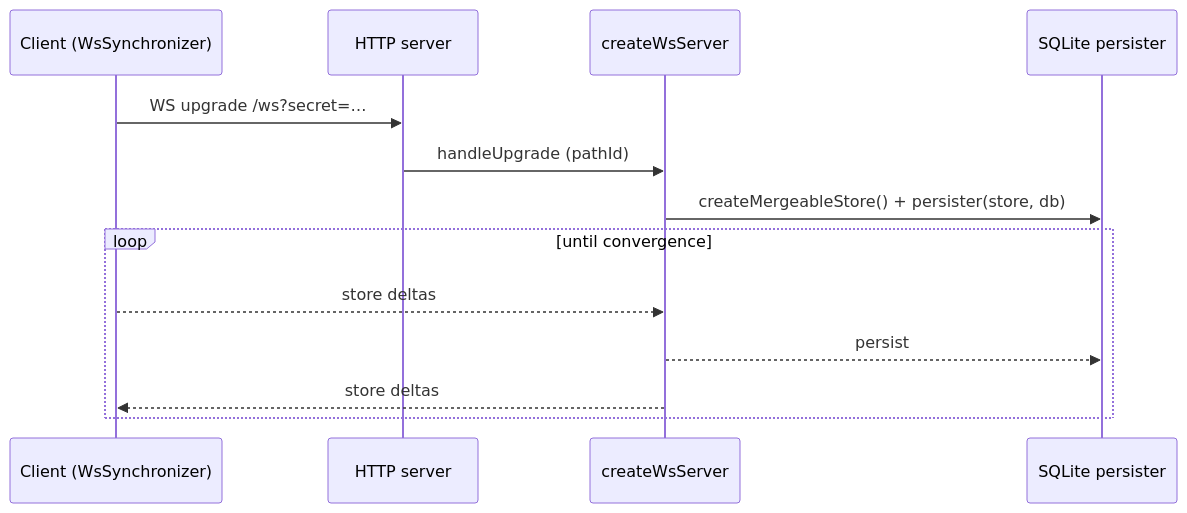
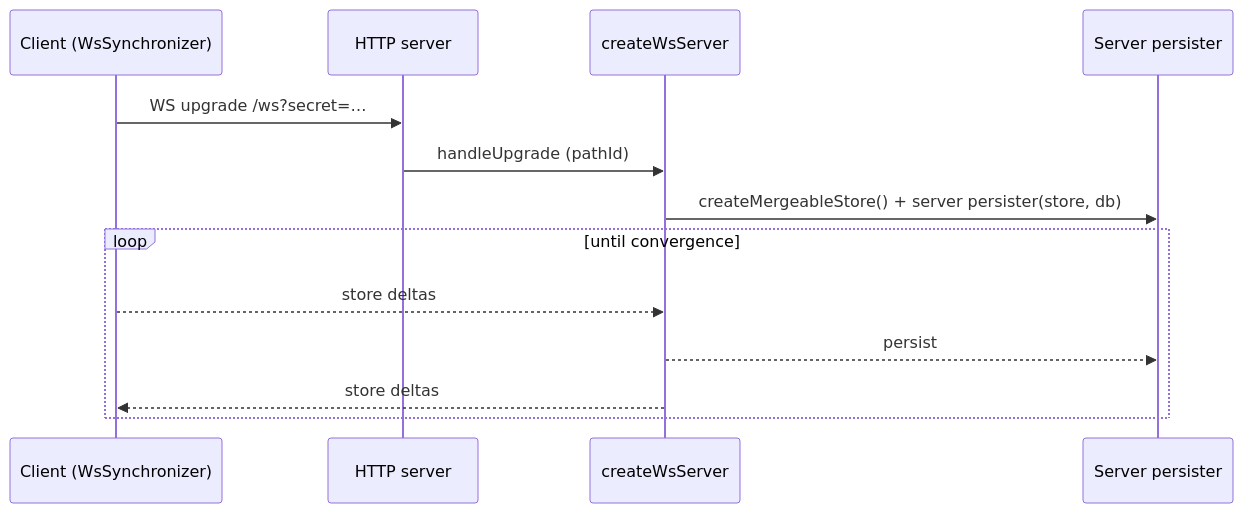
The third of 3 diagrams in docs/architecture.md (nibblebot/localaction), drawn with Mermaid before and after one commit. The commit also changed other lines of this file and 7 other files, not shown here.

First line of the commit message:
docs(docs): synced documentation and schema notes with current behavior

````diff
--- a/docs/architecture.md
+++ b/docs/architecture.md
@@ -174,15 +206,15 @@
 ```mermaid
 sequenceDiagram
   participant C as Client (WsSynchronizer)
   participant H as HTTP server
   participant T as createWsServer
-  participant DB as SQLite persister
+  participant DB as Server persister
   C->>H: WS upgrade /ws?secret=…
   H->>T: handleUpgrade (pathId)
-  T->>DB: createMergeableStore() + persister(store, db)
+  T->>DB: createMergeableStore() + server persister(store, db)
   loop until convergence
     C-->>T: store deltas
     T-->>DB: persist
     T-->>C: store deltas
   end
 ```
````
